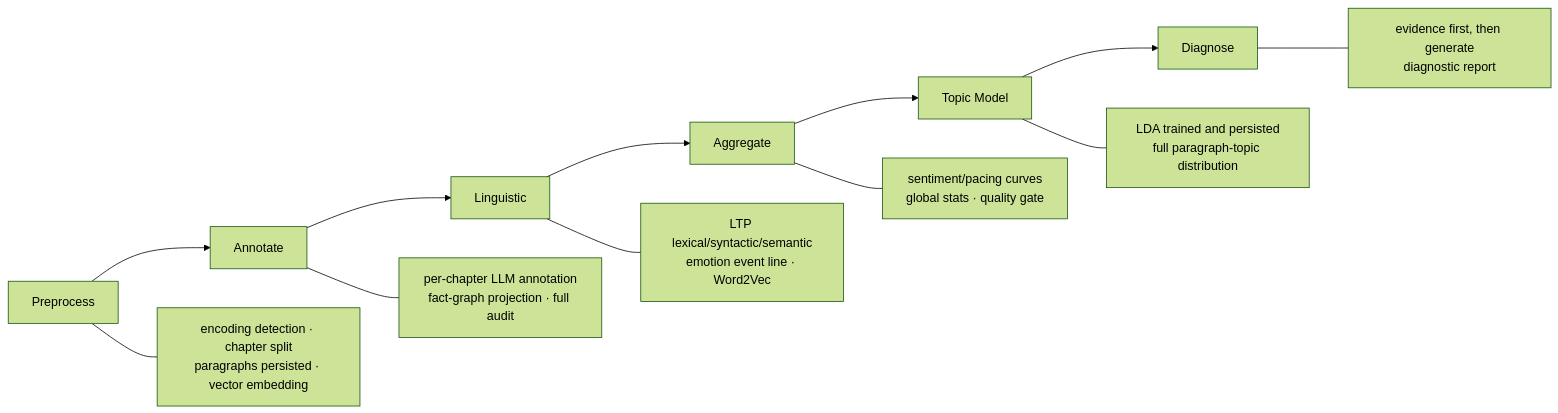
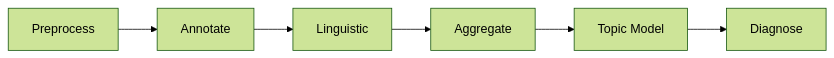
Before and after one commit to anaconda110/NovelIQ: the diagram in README_EN.md, drawn with Mermaid (forest theme). The commit also changed other lines of this file and 2 other files, not shown here.

````diff
--- a/README_EN.md
+++ b/README_EN.md
@@ -98,10 +101,4 @@
 ```mermaid
 flowchart LR
     A[Preprocess] --> B[Annotate] --> C[Linguistic] --> D[Aggregate] --> E[Topic Model] --> F[Diagnose]
-    A --- A1["encoding detection · chapter split\nparagraphs persisted · vector embedding"]
-    B --- B1["per-chapter LLM annotation\nfact-graph projection · full audit"]
-    C --- C1["LTP lexical/syntactic/semantic\nemotion event line · Word2Vec"]
-    D --- D1["sentiment/pacing curves\nglobal stats · quality gate"]
-    E --- E1["LDA trained and persisted\nfull paragraph-topic distribution"]
-    F --- F1["evidence first, then generate\ndiagnostic report"]
 ```
````
